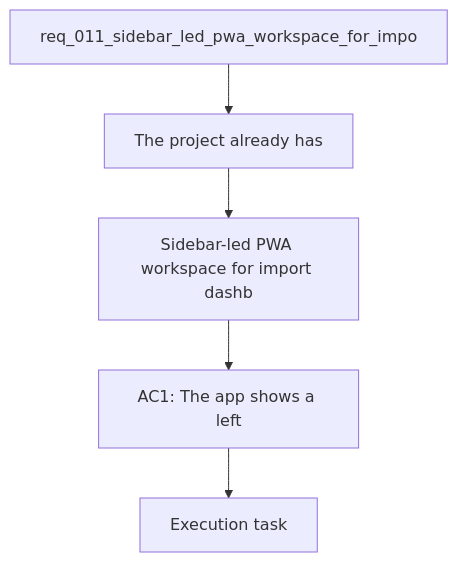
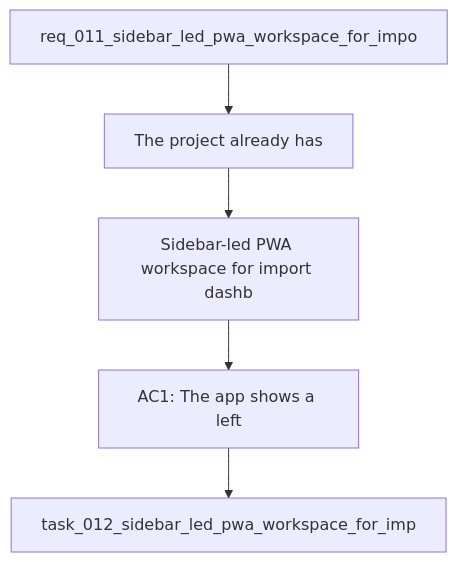
Before and after one commit to Jilanos/Coach_garmin: the diagram in logics/backlog/item_012_sidebar_led_pwa_workspace_for_import_dashboard_coach_terminal_and_settings.md, drawn with Mermaid. The commit also changed other lines of this file and 86 other files, not shown here.

Commit message:
Harden chart UX and UTF-8 handling

````diff
--- a/logics/backlog/item_012_sidebar_led_pwa_workspace_for_import_dashboard_coach_terminal_and_settings.md
+++ b/logics/backlog/item_012_sidebar_led_pwa_workspace_for_import_dashboard_coach_terminal_and_settings.md
@@ -20,9 +20,9 @@
 ```mermaid
 %% logics-kind: backlog
 %% logics-signature: backlog|sidebar-led-pwa-workspace-for-import-das|req-011-sidebar-led-pwa-workspace-for-im|the-project-already-has|ac1-the-app-shows-a-left
 flowchart TD
     Request[req_011_sidebar_led_pwa_workspace_for_impo] --> Problem[The project already has]
     Problem --> Scope[Sidebar-led PWA workspace for import dashb]
     Scope --> Acceptance[AC1: The app shows a left]
-    Acceptance --> Tasks[Execution task]
+    Acceptance --> Tasks[task_012_sidebar_led_pwa_workspace_for_imp]
 ```
````
